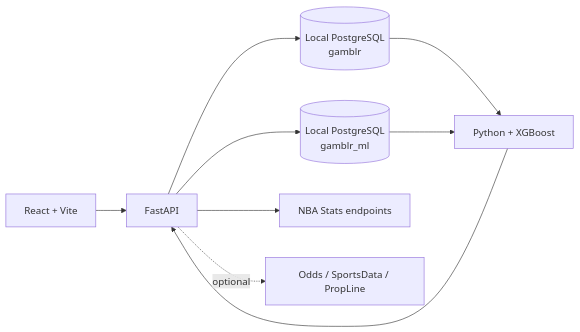
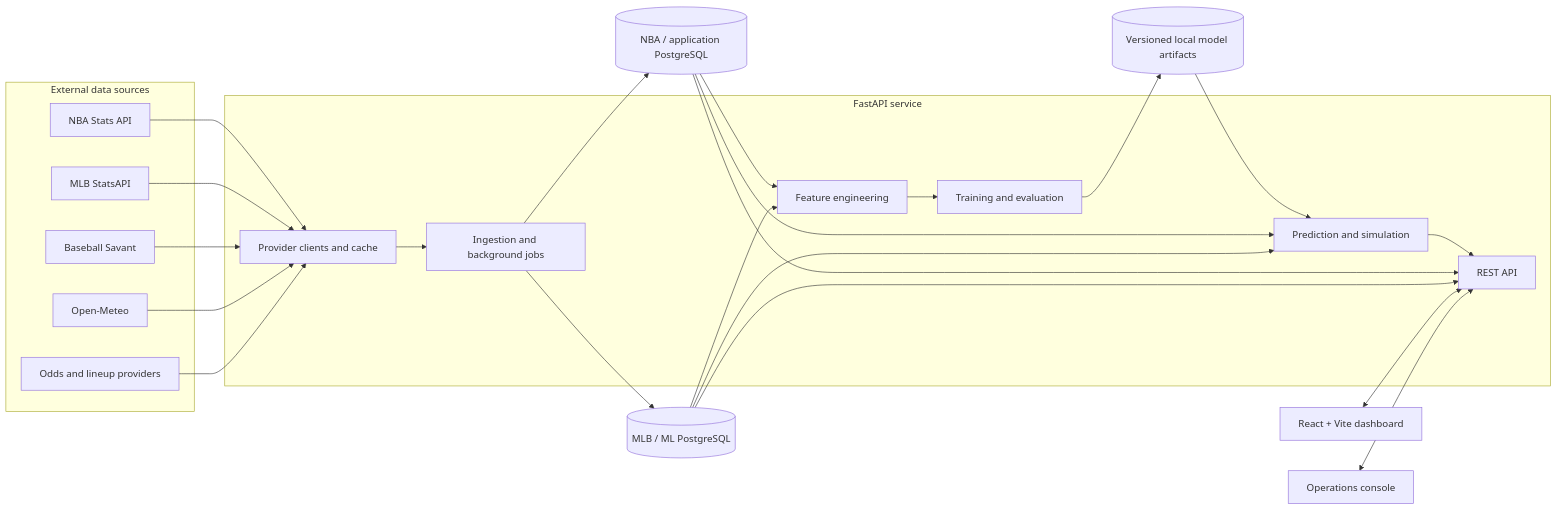
Before and after one commit to klutzyk/gamblr: the diagram in README.md, drawn with Mermaid. The commit also changed other lines of this file, not shown here.

````diff
--- a/README.md
+++ b/README.md
@@ -49,11 +142,41 @@
 ```mermaid
 flowchart LR
-    UI[React + Vite] --> API[FastAPI]
-    API --> NBA[(Local PostgreSQL\ngamblr)]
-    API --> MLB[(Local PostgreSQL\ngamblr_ml)]
-    API --> Stats[NBA Stats endpoints]
-    API -. optional .-> Odds[Odds / SportsData / PropLine]
-    NBA --> Models[Python + XGBoost]
-    MLB --> Models
-    Models --> API
+    subgraph Sources[External data sources]
+        NBA[NBA Stats API]
+        MLB[MLB StatsAPI]
+        Savant[Baseball Savant]
+        Weather[Open-Meteo]
+        Markets[Odds and lineup providers]
+    end
+
+    subgraph Service[FastAPI service]
+        Clients[Provider clients and cache]
+        Jobs[Ingestion and background jobs]
+        Routes[REST API]
+        Features[Feature engineering]
+        Training[Training and evaluation]
+        Inference[Prediction and simulation]
+    end
+
+    NBA --> Clients
+    MLB --> Clients
+    Savant --> Clients
+    Weather --> Clients
+    Markets --> Clients
+    Clients --> Jobs
+    Jobs --> NBA_DB[(NBA / application PostgreSQL)]
+    Jobs --> MLB_DB[(MLB / ML PostgreSQL)]
+    NBA_DB --> Features
+    MLB_DB --> Features
+    Features --> Training
+    Training --> Artifacts[(Versioned local model artifacts)]
+    Artifacts --> Inference
+    NBA_DB --> Inference
+    MLB_DB --> Inference
+    Inference --> Routes
+    NBA_DB --> Routes
+    MLB_DB --> Routes
+
+    UI[React + Vite dashboard] <--> Routes
+    Admin[Operations console] <--> Routes
 ```
````
